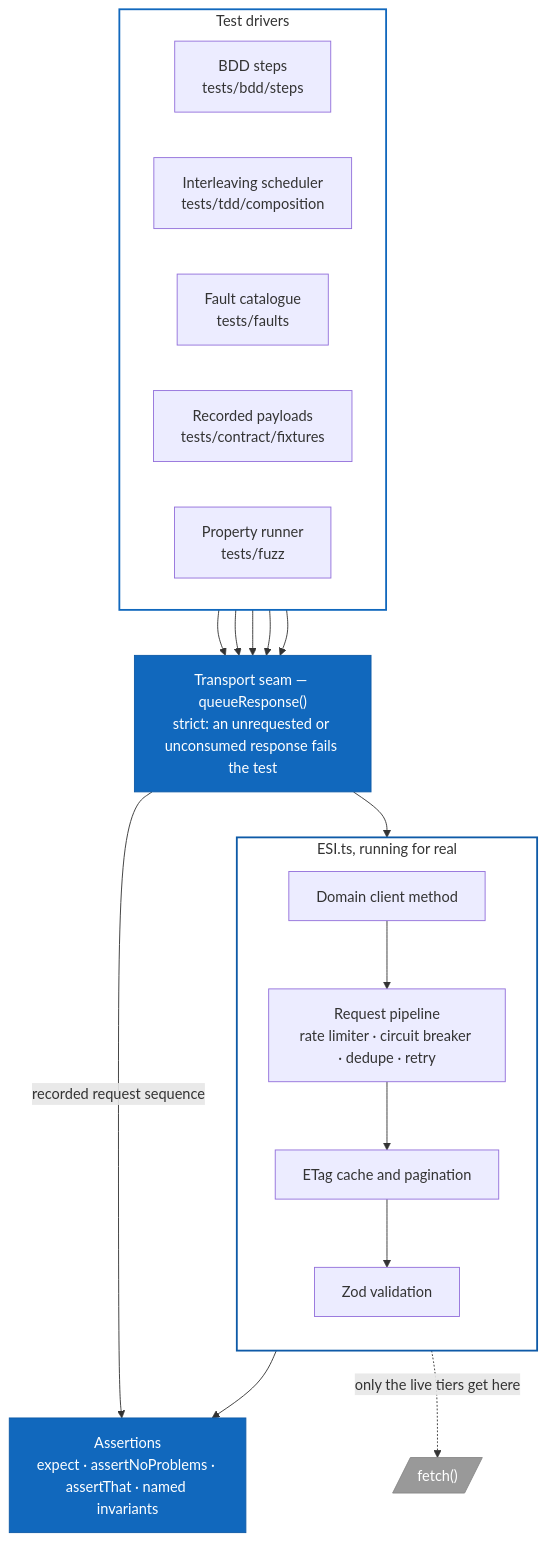
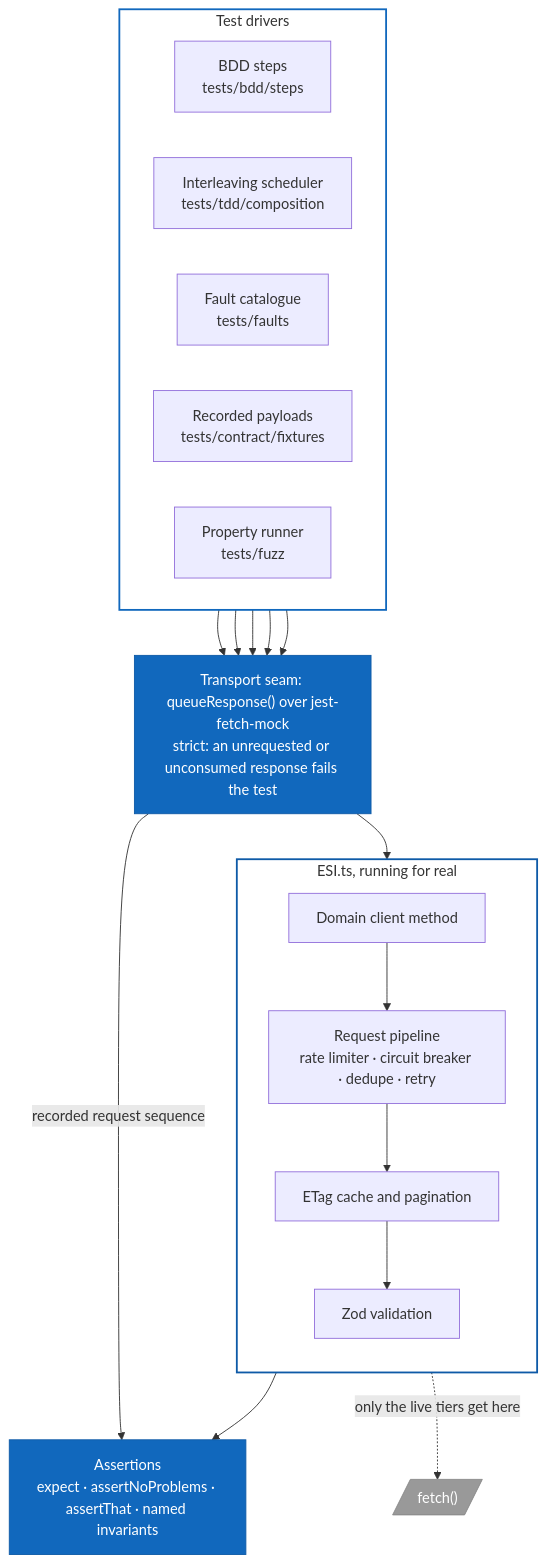
One commit to lgriffin/ESI.ts changed the third of 3 diagrams in guides/TESTING.md. Above: the diagram before and after it, drawn with Mermaid. The commit also changed other lines of this file and 14 other files, not shown here.

````diff
--- a/guides/TESTING.md
+++ b/guides/TESTING.md
@@ -129,44 +182,44 @@
 ```mermaid
 flowchart TB
     subgraph drivers ["Test drivers"]
         direction LR
         steps["BDD steps<br/>tests/bdd/steps"]
         interleave["Interleaving scheduler<br/>tests/tdd/composition"]
         catalogue["Fault catalogue<br/>tests/faults"]
         fixtures["Recorded payloads<br/>tests/contract/fixtures"]
         properties["Property runner<br/>tests/fuzz"]
     end
 
-    seam["Transport seam — queueResponse()<br/>strict: an unrequested or unconsumed response fails the test"]
+    seam["Transport seam: queueResponse() over jest-fetch-mock<br/>strict: an unrequested or unconsumed response fails the test"]
 
     subgraph lib ["ESI.ts, running for real"]
         direction TB
         client["Domain client method"]
         pipeline["Request pipeline<br/>rate limiter · circuit breaker · dedupe · retry"]
         cache["ETag cache and pagination"]
         validate["Zod validation"]
     end
 
     fetchboundary[/"fetch()"/]
 
     assertions["Assertions<br/>expect · assertNoProblems · assertThat · named invariants"]
 
     steps --> seam
     interleave --> seam
     catalogue --> seam
     fixtures --> seam
     properties --> seam
     seam --> client
     client --> pipeline
     pipeline --> cache
     cache --> validate
     pipeline -. "only the live tiers get here" .-> fetchboundary
     validate --> assertions
     seam -- "recorded request sequence" --> assertions
 
     style drivers fill:none,stroke:#1168bd,stroke-width:2px
     style lib fill:none,stroke:#0e5aa7,stroke-width:2px
     style seam fill:#1168bd,color:#fff,stroke:#0e5aa7
     style assertions fill:#1168bd,color:#fff,stroke:#0e5aa7
     style fetchboundary fill:#999,color:#fff,stroke:#888
 ```
````
